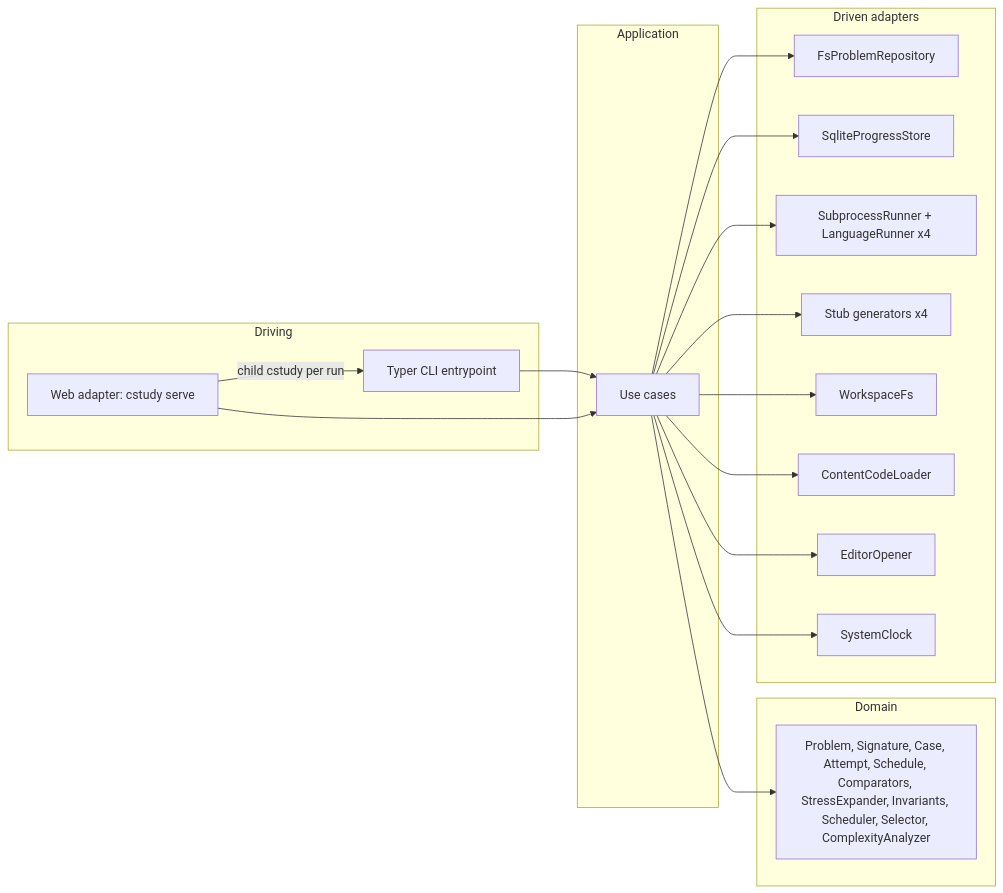
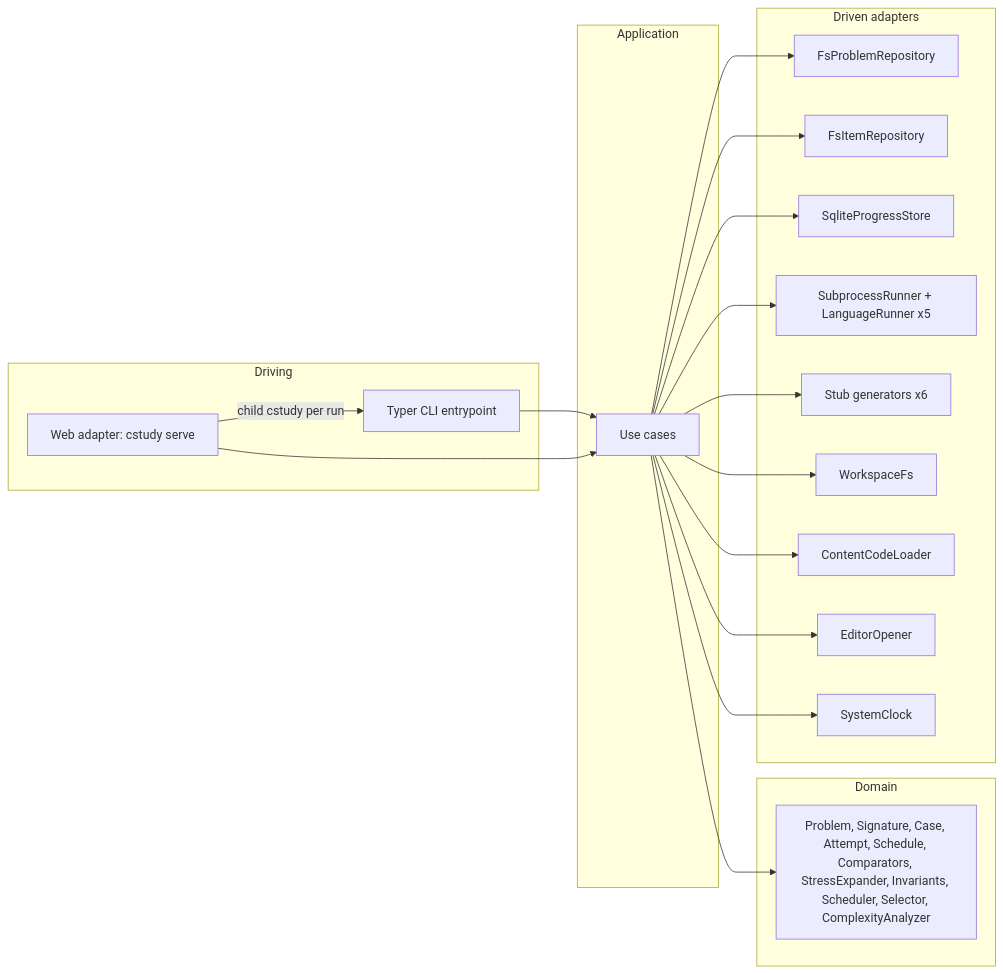
The first of 4 diagrams in docs/architecture.md (bkuberek/coding-study), drawn with Mermaid before and after one commit. The commit also changed other lines of this file and 30 other files, not shown here.

````diff
--- a/docs/architecture.md
+++ b/docs/architecture.md
@@ -23,27 +23,28 @@
 ```mermaid
 flowchart LR
   subgraph Driving
     CLI[Typer CLI entrypoint]
     WEB[Web adapter: cstudy serve]
   end
   subgraph Application
     UC[Use cases]
   end
   subgraph Domain
     D[Problem, Signature, Case, Attempt, Schedule, Comparators, StressExpander, Invariants, Scheduler, Selector, ComplexityAnalyzer]
   end
   subgraph Driven adapters
     FS[FsProblemRepository]
+    IT[FsItemRepository]
     DB[SqliteProgressStore]
-    RUN[SubprocessRunner + LanguageRunner x4]
-    GEN[Stub generators x4]
+    RUN[SubprocessRunner + LanguageRunner x5]
+    GEN[Stub generators x6]
     WS[WorkspaceFs]
     PY[ContentCodeLoader]
     ED[EditorOpener]
     CLK[SystemClock]
   end
   CLI --> UC --> D
   WEB --> UC
   WEB -->|child cstudy per run| CLI
-  UC --> FS & DB & RUN & GEN & WS & PY & ED & CLK
+  UC --> FS & IT & DB & RUN & GEN & WS & PY & ED & CLK
 ```
````
